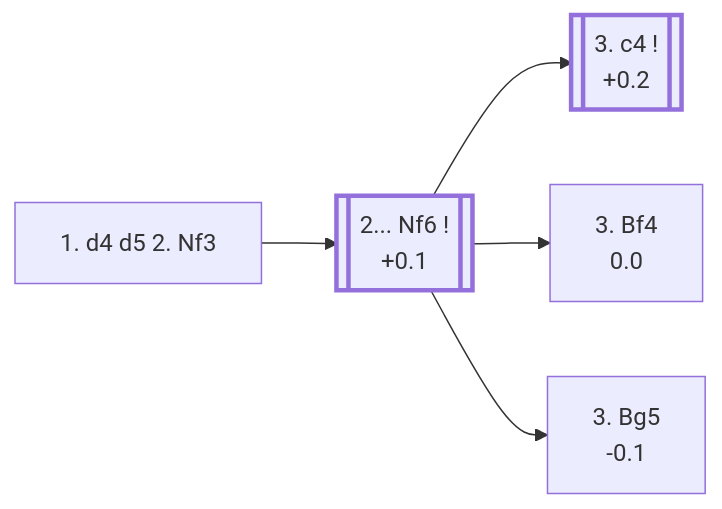
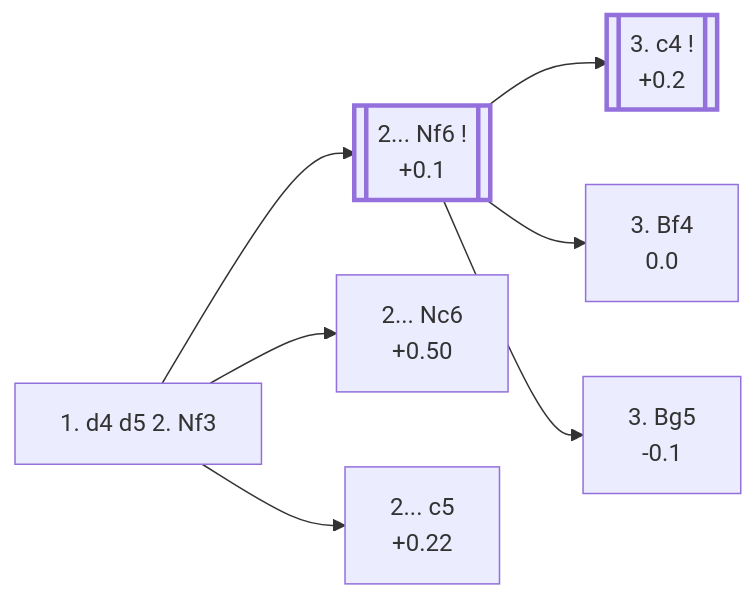
One commit to onclemarcel/chess_flashcards changed the diagram in d4_openings/D02_Zukertort_Variation.md. Above: the diagram before and after it, drawn with Mermaid. The commit also changed other lines of this file and 14 other files, not shown here.

````diff
--- a/d4_openings/D02_Zukertort_Variation.md
+++ b/d4_openings/D02_Zukertort_Variation.md
@@ -12,17 +12,21 @@
 ```mermaid
 flowchart LR
     classDef main stroke-width:3px;
 
     Nf3["1. d4 d5 2. Nf3"]
     click Nf3 "#_initial_move_" "D02 · Queen's Pawn Game: Zukertort Variation"
 
     Nf3 --> Nf6[["2... Nf6 !<br/>+0.1"]]:::main
     click Nf6 "#_Nf6_" "D02 · Queen's Pawn Game: Symmetrical Variation"
+    Nf3 --> Nc6c["2... Nc6<br/>+0.50"]
+    click Nc6c "#_Chigorin_" "D02 · Queen's Pawn Game: Chigorin Variation"
+    Nf3 --> c5k["2... c5<br/>+0.22"]
+    click c5k "#_Krause_" "D02 · Queen's Pawn Game: Krause Variation"
 
     Nf6 --> c4[["3. c4 !<br/>+0.2"]]:::main
     click c4 "https://github.com/onclemarcel/chess_flashcards/blob/main/d4_openings/D06_Queens_Gambit.md" "D06 · Queen's Gambit"
     Nf6 --> Bf4["3. Bf4<br/>0.0"]
     click Bf4 "https://github.com/onclemarcel/chess_flashcards/blob/main/d4_openings/D02_London_System.md" "D02 · Queen's Pawn Game: London System"
     Nf6 --> Bg5["3. Bg5<br/>-0.1"]
     click Bg5 "https://github.com/onclemarcel/chess_flashcards/blob/main/d4_openings/D03_Torre_Attack.md" "D03 · Queen's Pawn Game: Torre Attack"
 ```
````
